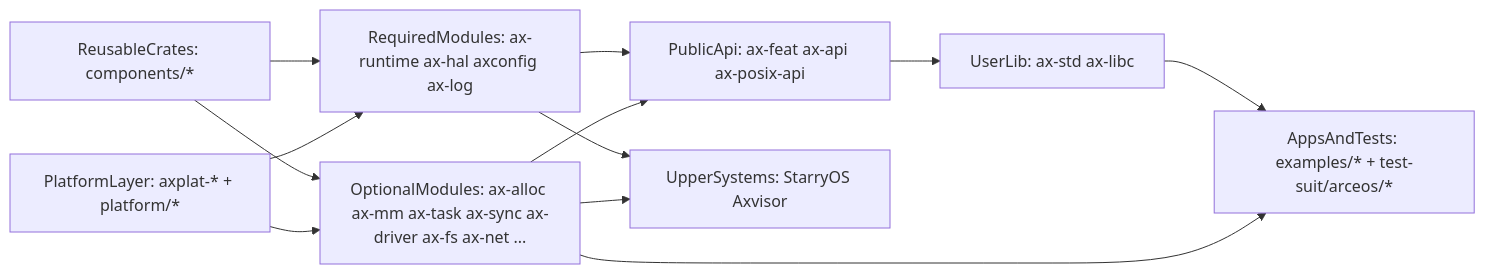
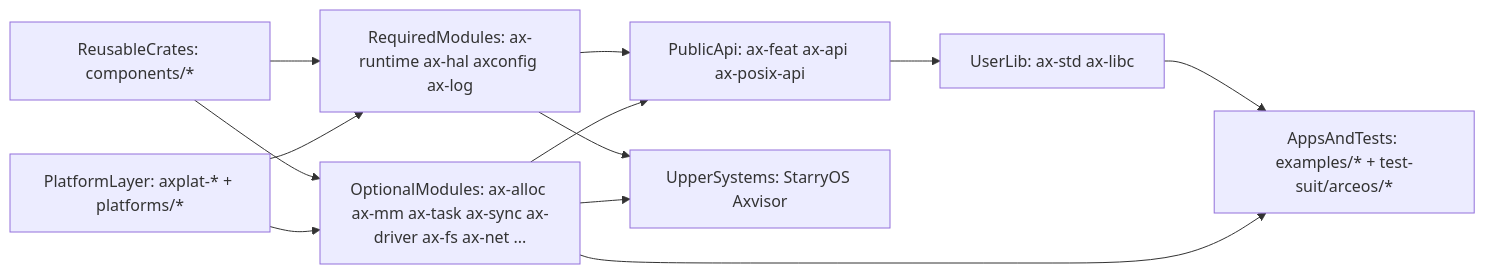
The first of 5 diagrams in docs/docs/architecture/arceos.md (zKurisu/tgoskits), drawn with Mermaid before and after one commit. The commit also changed other lines of this file and 343 other files, not shown here.

First line of the commit message:
Implement platform-specific IRQ handling and architecture setup (#979)

````diff
--- a/docs/docs/architecture/arceos.md
+++ b/docs/docs/architecture/arceos.md
@@ -28,23 +28,23 @@
 ```mermaid
 flowchart LR
     reusableCrates["ReusableCrates: components/*"]
-    platformLayer["PlatformLayer: axplat-* + platform/*"]
+    platformLayer["PlatformLayer: axplat-* + platforms/*"]
     requiredModules["RequiredModules: ax-runtime ax-hal axconfig ax-log"]
     optionalModules["OptionalModules: ax-alloc ax-mm ax-task ax-sync ax-driver ax-fs ax-net ..."]
     publicApi["PublicApi: ax-feat ax-api ax-posix-api"]
     userLib["UserLib: ax-std ax-libc"]
     appsAndTests["AppsAndTests: examples/* + test-suit/arceos/*"]
     upperSystems["UpperSystems: StarryOS Axvisor"]
 
     reusableCrates --> requiredModules
     reusableCrates --> optionalModules
     platformLayer --> requiredModules
     platformLayer --> optionalModules
     requiredModules --> publicApi
     optionalModules --> publicApi
     publicApi --> userLib
     userLib --> appsAndTests
     optionalModules --> appsAndTests
     requiredModules --> upperSystems
     optionalModules --> upperSystems
 ```
````
